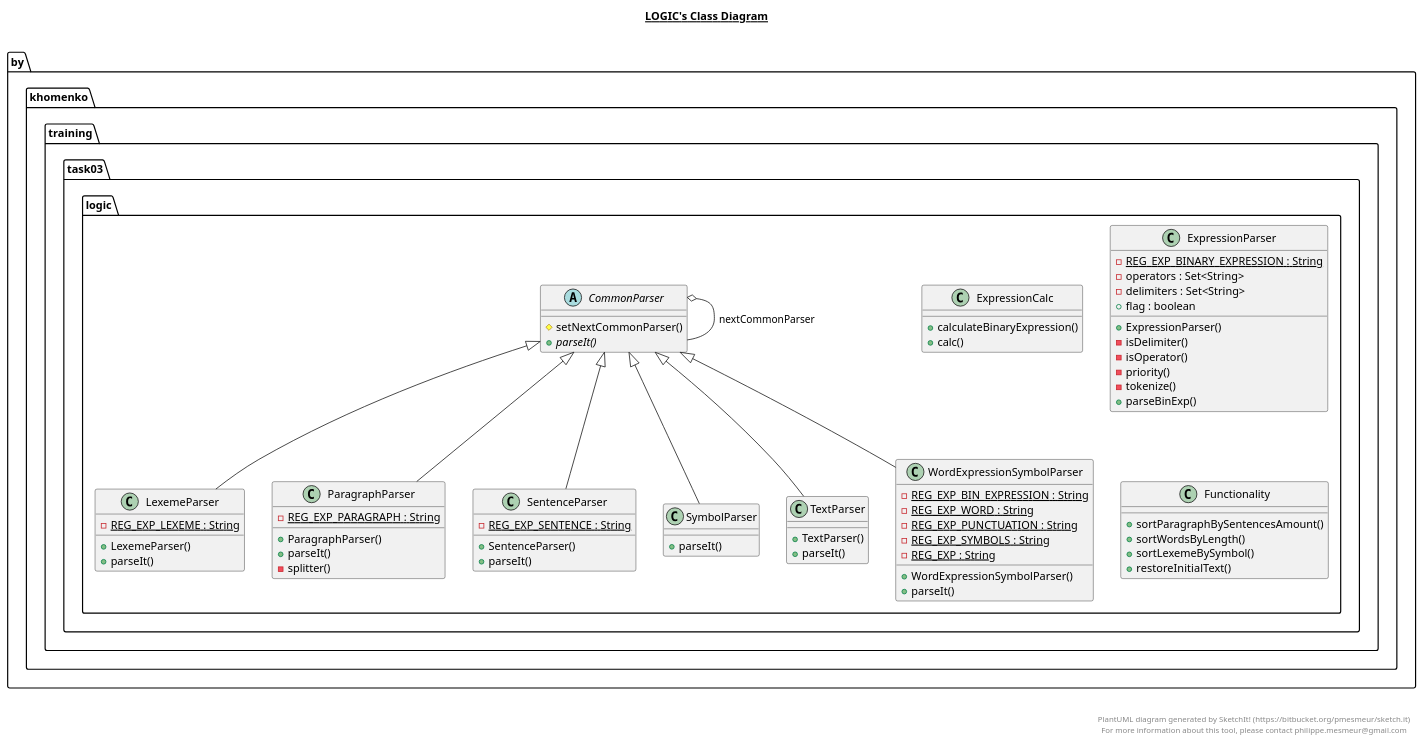
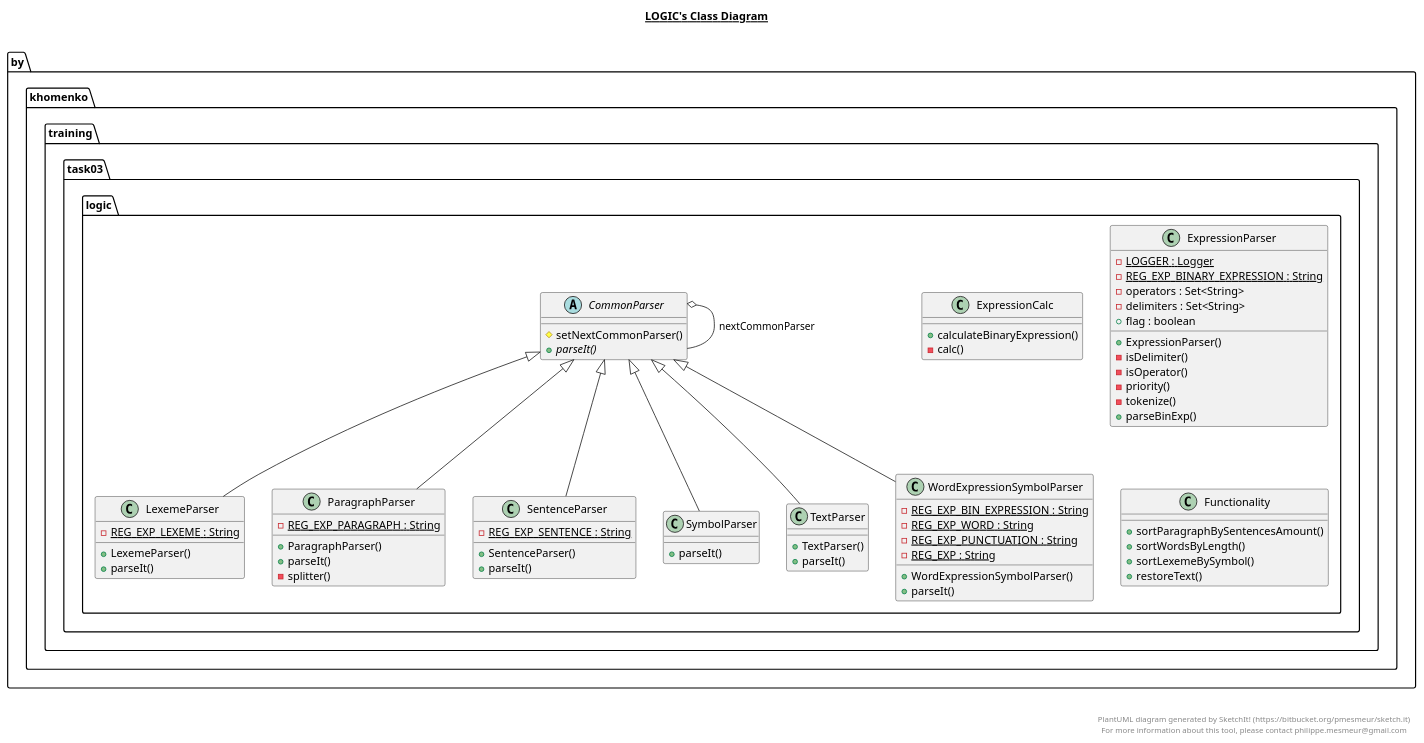
Before and after one commit to EX22/EpamTraining: the diagram in Task03/src/by/khomenko/training/task03/logic/logic.plantuml, drawn with PlantUML. The commit also changed 15 other files, not shown here.

```diff
--- a/Task03/src/by/khomenko/training/task03/logic/logic.plantuml
+++ b/Task03/src/by/khomenko/training/task03/logic/logic.plantuml
@@ -1,139 +1,139 @@
 @startuml
 
 title __LOGIC's Class Diagram__\n
 
   package by.khomenko.training.task03 {
     package by.khomenko.training.task03.logic {
       abstract class CommonParser {
           # setNextCommonParser()
           {abstract} + parseIt()
       }
     }
   }
   
 
   package by.khomenko.training.task03 {
     package by.khomenko.training.task03.logic {
       class ExpressionCalc {
           + calculateBinaryExpression()
-          + calc()
+          - calc()
       }
     }
   }
   
 
   package by.khomenko.training.task03 {
     package by.khomenko.training.task03.logic {
       class ExpressionParser {
+          {static} - LOGGER : Logger
           {static} - REG_EXP_BINARY_EXPRESSION : String
           - operators : Set<String>
           - delimiters : Set<String>
           + flag : boolean
           + ExpressionParser()
           - isDelimiter()
           - isOperator()
           - priority()
           - tokenize()
           + parseBinExp()
       }
     }
   }
   
 
   package by.khomenko.training.task03 {
     package by.khomenko.training.task03.logic {
       class Functionality {
           + sortParagraphBySentencesAmount()
           + sortWordsByLength()
           + sortLexemeBySymbol()
-          + restoreInitialText()
+          + restoreText()
       }
     }
   }
   
 
   package by.khomenko.training.task03 {
     package by.khomenko.training.task03.logic {
       class LexemeParser {
           {static} - REG_EXP_LEXEME : String
           + LexemeParser()
           + parseIt()
       }
     }
   }
   
 
   package by.khomenko.training.task03 {
     package by.khomenko.training.task03.logic {
       class ParagraphParser {
           {static} - REG_EXP_PARAGRAPH : String
           + ParagraphParser()
           + parseIt()
           - splitter()
       }
     }
   }
   
 
   package by.khomenko.training.task03 {
     package by.khomenko.training.task03.logic {
       class SentenceParser {
           {static} - REG_EXP_SENTENCE : String
           + SentenceParser()
           + parseIt()
       }
     }
   }
   
 
   package by.khomenko.training.task03 {
     package by.khomenko.training.task03.logic {
       class SymbolParser {
           + parseIt()
       }
     }
   }
   
 
   package by.khomenko.training.task03 {
     package by.khomenko.training.task03.logic {
       class TextParser {
           + TextParser()
           + parseIt()
       }
     }
   }
   
 
   package by.khomenko.training.task03 {
     package by.khomenko.training.task03.logic {
       class WordExpressionSymbolParser {
           {static} - REG_EXP_BIN_EXPRESSION : String
           {static} - REG_EXP_WORD : String
           {static} - REG_EXP_PUNCTUATION : String
-          {static} - REG_EXP_SYMBOLS : String
           {static} - REG_EXP : String
           + WordExpressionSymbolParser()
           + parseIt()
       }
     }
   }
   
 
   CommonParser o-- CommonParser : nextCommonParser
   LexemeParser -up-|> CommonParser
   ParagraphParser -up-|> CommonParser
   SentenceParser -up-|> CommonParser
   SymbolParser -up-|> CommonParser
   TextParser -up-|> CommonParser
   WordExpressionSymbolParser -up-|> CommonParser
 
 
 right footer
 
 
 PlantUML diagram generated by SketchIt! (https://bitbucket.org/pmesmeur/sketch.it)
 For more information about this tool, please contact philippe.mesmeur@gmail.com
 endfooter
 
 @enduml
```
